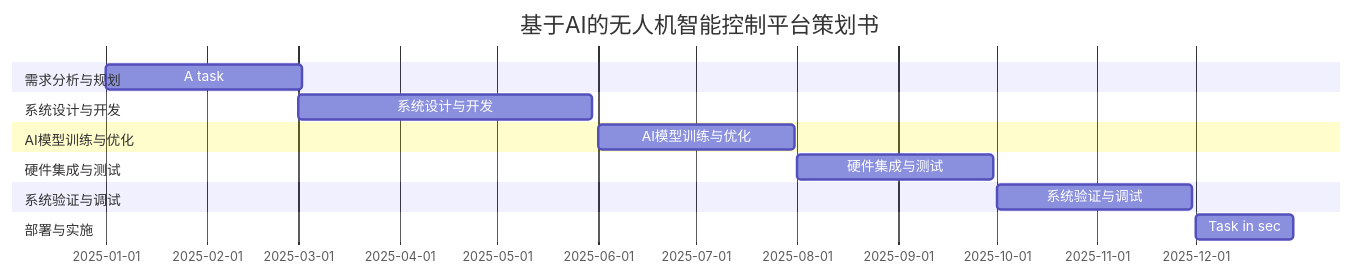
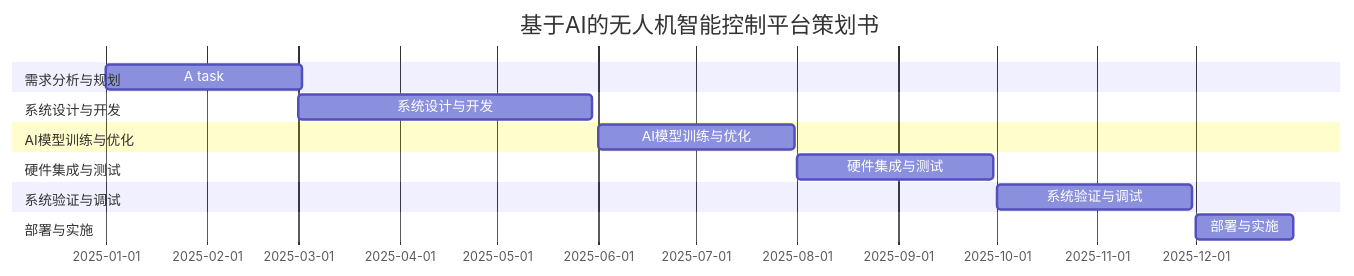
One commit to libobo6/iodraw-files changed the diagram in all/代码甘特图.md. Above: the diagram before and after it, drawn with Mermaid.

Commit message:
2025-01-14 10:58:29 update

````diff
--- a/all/代码甘特图.md
+++ b/all/代码甘特图.md
@@ -1,17 +1,17 @@
 ```mermaid
 gantt
     title 基于AI的无人机智能控制平台策划书
     dateFormat  YYYY-MM-DD
     section 需求分析与规划
     A task           :2025-01-01, 60d
     section 系统设计与开发
     系统设计与开发      :2025-03-01, 90d
     section AI模型训练与优化
     AI模型训练与优化     :2025-06-01  , 60d
     section 硬件集成与测试
     硬件集成与测试     :2025-08-01  , 60d
     section 系统验证与调试
     系统验证与调试     :2025-10-01  , 60d
     section 部署与实施
-    Task in sec      :2025-12-01  , 30d
+    部署与实施      :2025-12-01  , 30d
 ```
````
